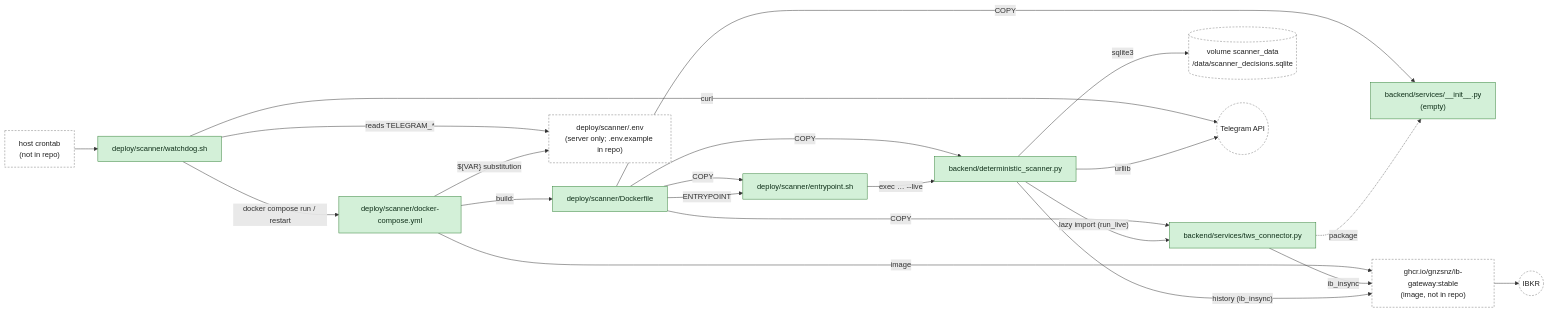
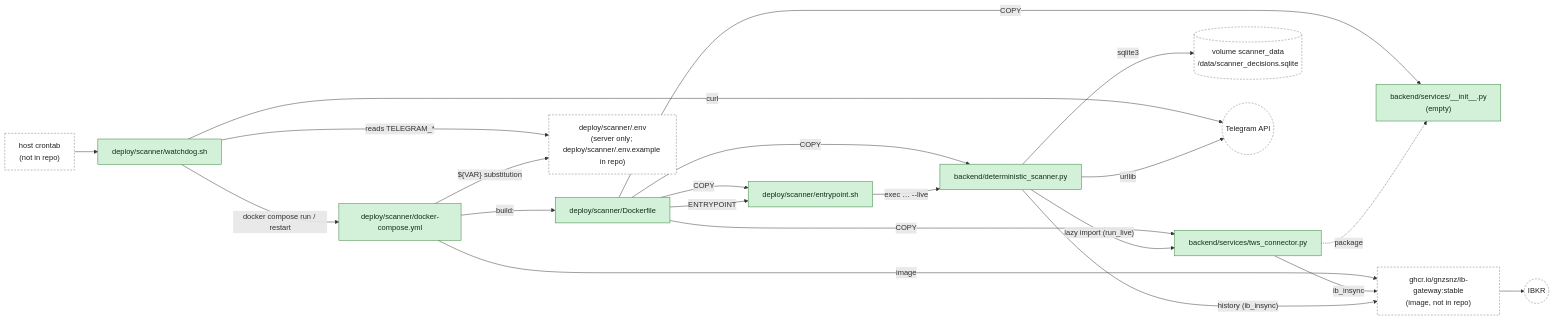
One commit to QBKFD/OPARLI-LLM-FORWARD changed the first of 5 diagrams in docs/REPO_MAP.md. Above: the diagram before and after it, drawn with Mermaid. The commit also changed 36 other files, not shown here.

First line of the commit message:
chore: tidy the repo root; lock files to requirements/, env template to deploy/, DECISIONS.md to docs/, langgraph.json to tools/langgraph_studio/

````diff
--- a/docs/REPO_MAP.md
+++ b/docs/REPO_MAP.md
@@ -228,36 +228,36 @@
 ```mermaid
 flowchart LR
   classDef live fill:#d3f0d8,stroke:#2e7d32,color:#10301a
   classDef ext fill:#ffffff,stroke:#777,stroke-dasharray:4 3,color:#222
 
   cron["host crontab<br/>(not in repo)"]:::ext
   wd["deploy/scanner/watchdog.sh"]:::live
   compose["deploy/scanner/docker-compose.yml"]:::live
   df["deploy/scanner/Dockerfile"]:::live
   ep["deploy/scanner/entrypoint.sh"]:::live
   ds["backend/deterministic_scanner.py"]:::live
   si["backend/services/__init__.py<br/>(empty)"]:::live
   tws["backend/services/tws_connector.py"]:::live
   gw["ghcr.io/gnzsnz/ib-gateway:stable<br/>(image, not in repo)"]:::ext
-  env["deploy/scanner/.env<br/>(server only; .env.example in repo)"]:::ext
+  env["deploy/scanner/.env<br/>(server only; deploy/scanner/.env.example in repo)"]:::ext
   vol[("volume scanner_data<br/>/data/scanner_decisions.sqlite")]:::ext
   tg(("Telegram API")):::ext
   ib(("IBKR")):::ext
 
   cron --> wd
   wd -- "docker compose run / restart" --> compose
   wd -- "reads TELEGRAM_*" --> env
   wd -- curl --> tg
   compose -- "build:" --> df
   compose -- image --> gw
   compose -- "${VAR} substitution" --> env
   df -- COPY --> ds & si & tws & ep
   df -- ENTRYPOINT --> ep
   ep -- "exec … --live" --> ds
   ds -- "lazy import (run_live)" --> tws
   tws -. package .-> si
   ds -- sqlite3 --> vol
   ds -- urllib --> tg
   tws -- ib_insync --> gw --> ib
   ds -- "history (ib_insync)" --> gw
 ```
````
